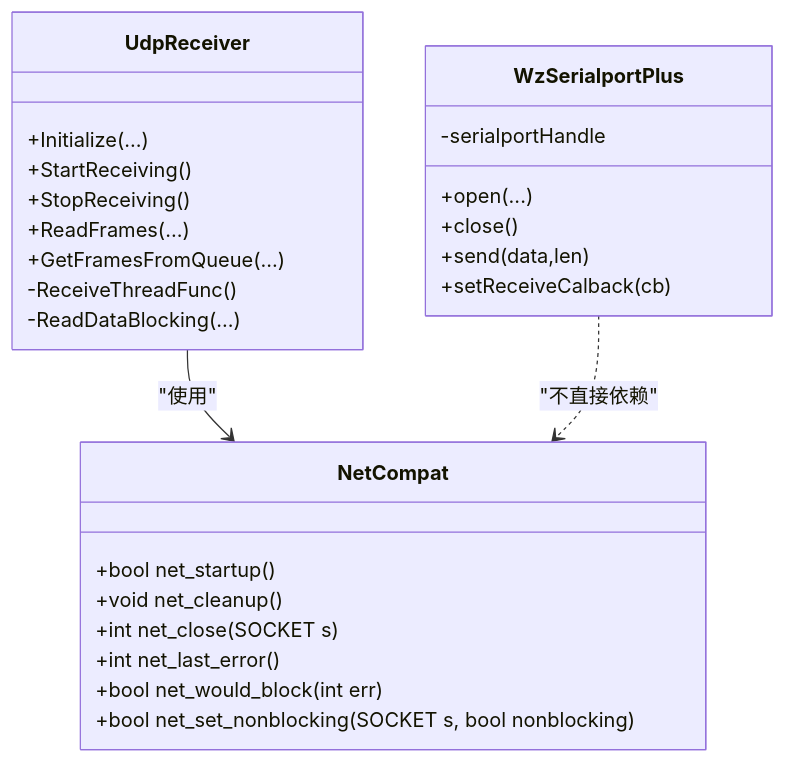
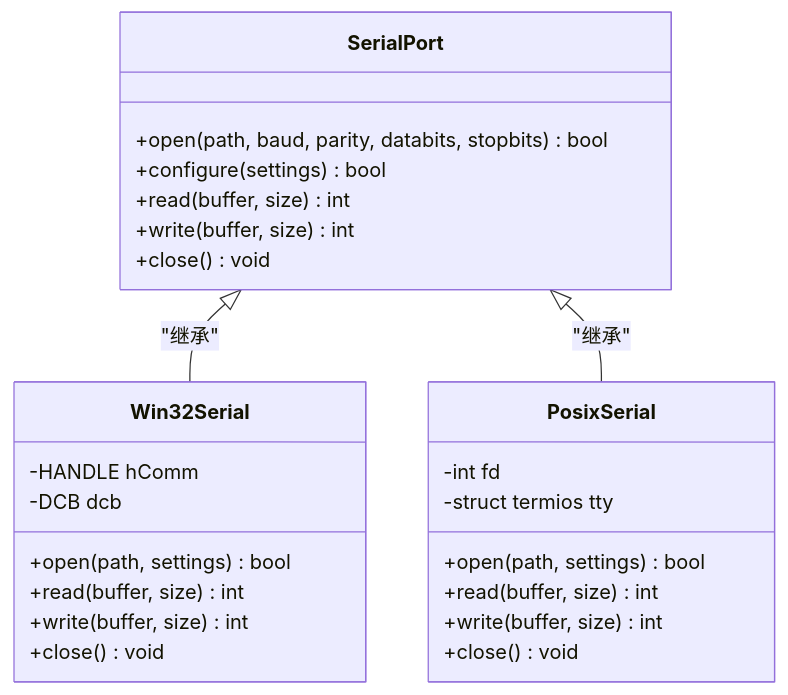
One commit to Lukad77/awr1843-radar-toolkit changed the fourth of 6 diagrams in .qoder/repowiki/zh/content/跨平台兼容性设计.md. Above: the diagram before and after it, drawn with Mermaid. The commit also changed other lines of this file and 106 other files, not shown here.

````diff
--- a/.qoder/repowiki/zh/content/跨平台兼容性设计.md
+++ b/.qoder/repowiki/zh/content/跨平台兼容性设计.md
@@ -91,29 +137,28 @@
 ```mermaid
 classDiagram
-class NetCompat {
-+bool net_startup()
-+void net_cleanup()
-+int net_close(SOCKET s)
-+int net_last_error()
-+bool net_would_block(int err)
-+bool net_set_nonblocking(SOCKET s, bool nonblocking)
+class SerialPort {
++open(path, baud, parity, databits, stopbits) bool
++configure(settings) bool
++read(buffer, size) int
++write(buffer, size) int
++close() void
 }
-class UdpReceiver {
-+Initialize(...)
-+StartReceiving()
-+StopReceiving()
-+ReadFrames(...)
-+GetFramesFromQueue(...)
--ReceiveThreadFunc()
--ReadDataBlocking(...)
+class Win32Serial {
+-HANDLE hComm
+-DCB dcb
++open(path, settings) bool
++read(buffer, size) int
++write(buffer, size) int
++close() void
 }
-class WzSerialportPlus {
-+open(...)
-+close()
-+send(data,len)
-+setReceiveCalback(cb)
--serialportHandle
+class PosixSerial {
+-int fd
+-struct termios tty
++open(path, settings) bool
++read(buffer, size) int
++write(buffer, size) int
++close() void
 }
-UdpReceiver --> NetCompat : "使用"
-WzSerialportPlus ..> NetCompat : "不直接依赖"
+SerialPort <|-- Win32Serial : "继承"
+SerialPort <|-- PosixSerial : "继承"
 ```
````
